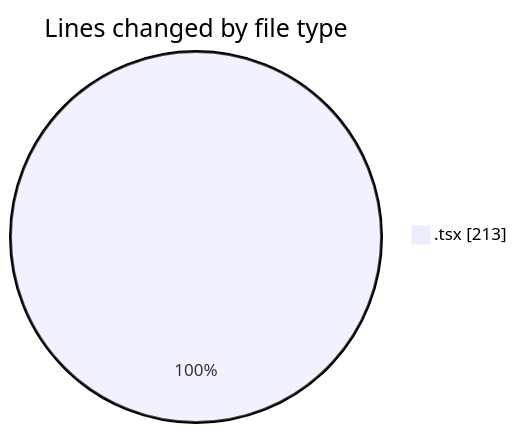
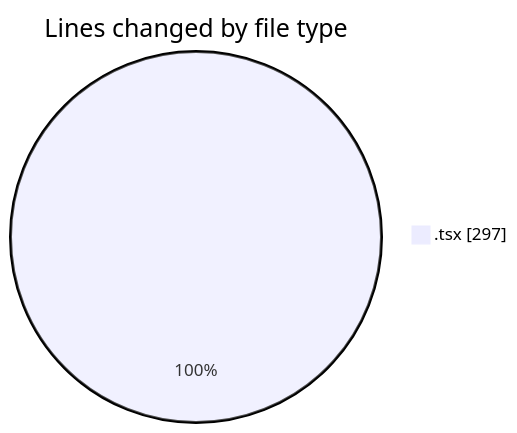
Before and after one commit to Elitesun/code-tracking: the first of 2 diagrams in 2025-05-20/niten/README.md, drawn with Mermaid. The commit also changed other lines of this file and 1 other file, not shown here.

````diff
--- a/2025-05-20/niten/README.md
+++ b/2025-05-20/niten/README.md
@@ -20,5 +21,5 @@
 ```mermaid
 pie showData
 title Lines changed by file type
-".tsx" : 213
+".tsx" : 297
 ```
````
